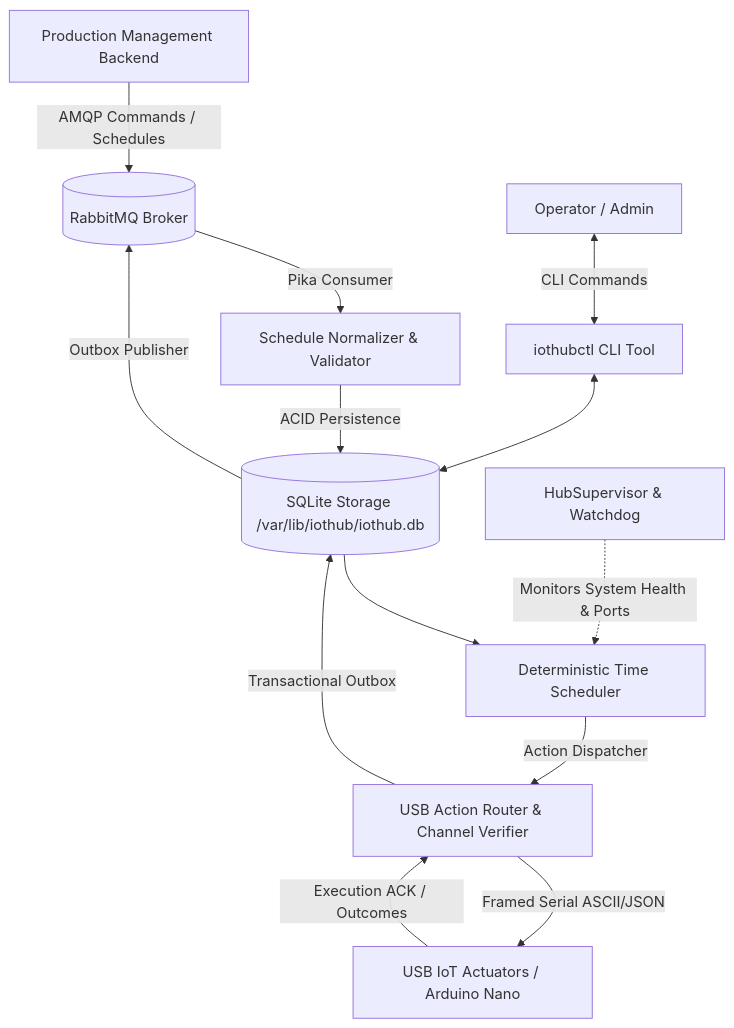
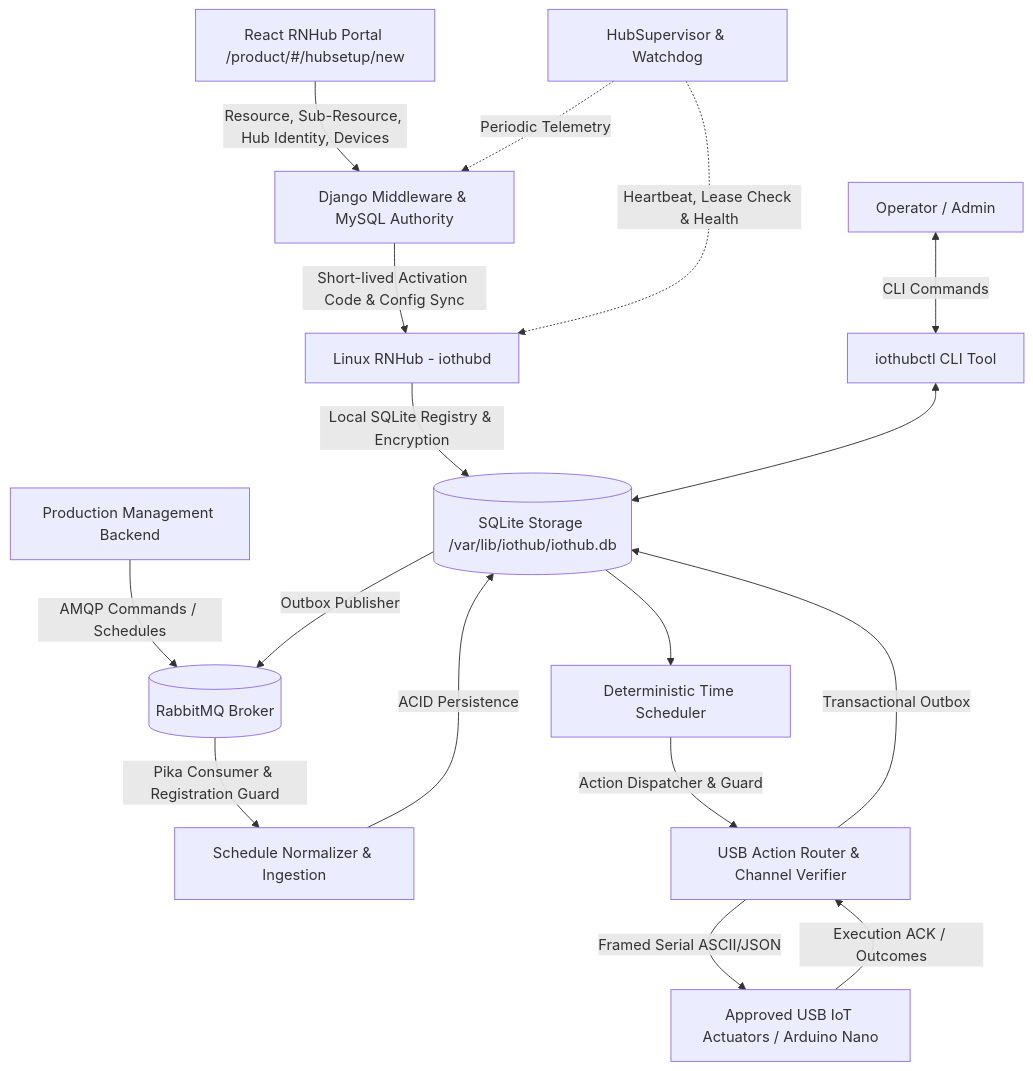
Before and after one commit to VinujaRnR/RnR_iot_hub: the diagram in README.md, drawn with Mermaid. The commit also changed other lines of this file and 2 other files, not shown here.

Commit message:
Update README.md with RNHub V2 middleware registration and activation workflow

````diff
--- a/README.md
+++ b/README.md
@@ -11,15 +11,20 @@
 ```mermaid
 graph TD
+    Portal[React RNHub Portal /product/#/hubsetup/new] -->|Resource, Sub-Resource, Hub Identity, Devices| Django[Django Middleware & MySQL Authority]
+    Django -->|Short-lived Activation Code & Config Sync| Daemon[Linux RNHub - iothubd]
+    Daemon -->|Local SQLite Registry & Encryption| LocalDB[(SQLite Storage /var/lib/iothub/iothub.db)]
+    
     Backend[Production Management Backend] -->|AMQP Commands / Schedules| RMQ[(RabbitMQ Broker)]
-    RMQ -->|Pika Consumer| Ingestion[Schedule Normalizer & Validator]
-    Ingestion -->|ACID Persistence| DB[(SQLite Storage /var/lib/iothub/iothub.db)]
-    DB --> Engine[Deterministic Time Scheduler]
-    Engine -->|Action Dispatcher| Router[USB Action Router & Channel Verifier]
-    Router -->|Framed Serial ASCII/JSON| Nano[USB IoT Actuators / Arduino Nano]
+    RMQ -->|Pika Consumer & Registration Guard| Ingestion[Schedule Normalizer & Ingestion]
+    Ingestion -->|ACID Persistence| LocalDB
+    LocalDB --> Engine[Deterministic Time Scheduler]
+    Engine -->|Action Dispatcher & Guard| Router[USB Action Router & Channel Verifier]
+    Router -->|Framed Serial ASCII/JSON| Nano[Approved USB IoT Actuators / Arduino Nano]
     Nano -->|Execution ACK / Outcomes| Router
-    Router -->|Transactional Outbox| DB
-    DB -->|Outbox Publisher| RMQ
-    Supervisor[HubSupervisor & Watchdog] -.->|Monitors System Health & Ports| Engine
+    Router -->|Transactional Outbox| LocalDB
+    LocalDB -->|Outbox Publisher| RMQ
+    Supervisor[HubSupervisor & Watchdog] -.->|Heartbeat, Lease Check & Health| Daemon
+    Supervisor -.->|Periodic Telemetry| Django
     Admin[Operator / Admin] <-->|CLI Commands| CLI[iothubctl CLI Tool]
-    CLI <--> DB
+    CLI <--> LocalDB
 ```
````
